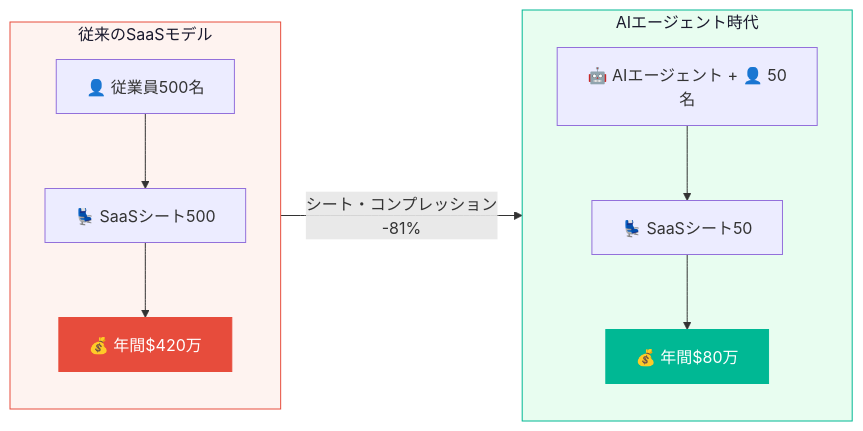
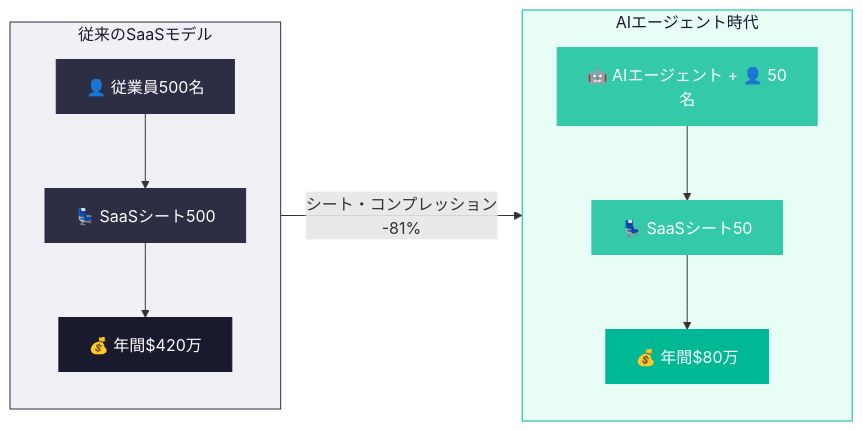
One commit to Leading-AI-IO/saas-is-dead-the-next-ai-business-model changed the third of 10 diagrams in docs/jp/saas-is-dead_JP.md. Above: the diagram before and after it, drawn with Mermaid. The commit also changed other lines of this file, not shown here.

````diff
--- a/docs/jp/saas-is-dead_JP.md
+++ b/docs/jp/saas-is-dead_JP.md
@@ -260,25 +265,29 @@
 ```mermaid
 flowchart LR
     subgraph BEFORE["従来のSaaSモデル"]
         direction TB
         P1["👤 従業員500名"]
         P2["💺 SaaSシート500"]
         P3["💰 年間$420万"]
         P1 --> P2 --> P3
     end
 
     subgraph AFTER["AIエージェント時代"]
         direction TB
         Q1["🤖 AIエージェント + 👤 50名"]
         Q2["💺 SaaSシート50"]
         Q3["💰 年間$80万"]
         Q1 --> Q2 --> Q3
     end
 
     BEFORE -- "シート・コンプレッション\n-81%" --> AFTER
 
-    style BEFORE fill:#fef3f0,stroke:#e74c3c,color:#1a1a2e
-    style AFTER fill:#e8fdf0,stroke:#00b894,color:#1a1a2e
-    style P3 fill:#e74c3c,stroke:#e74c3c,color:#fff
+    style BEFORE fill:#f0f0f5,stroke:#2d2d44,color:#1a1a2e
+    style AFTER fill:#e8fdf5,stroke:#00b894,color:#1a1a2e
+    style P1 fill:#2d2d44,stroke:#2d2d44,color:#fff
+    style P2 fill:#2d2d44,stroke:#2d2d44,color:#fff
+    style P3 fill:#1a1a2e,stroke:#1a1a2e,color:#fff
+    style Q1 fill:#33c9a9,stroke:#33c9a9,color:#fff
+    style Q2 fill:#33c9a9,stroke:#33c9a9,color:#fff
     style Q3 fill:#00b894,stroke:#00b894,color:#fff
 ```
````
